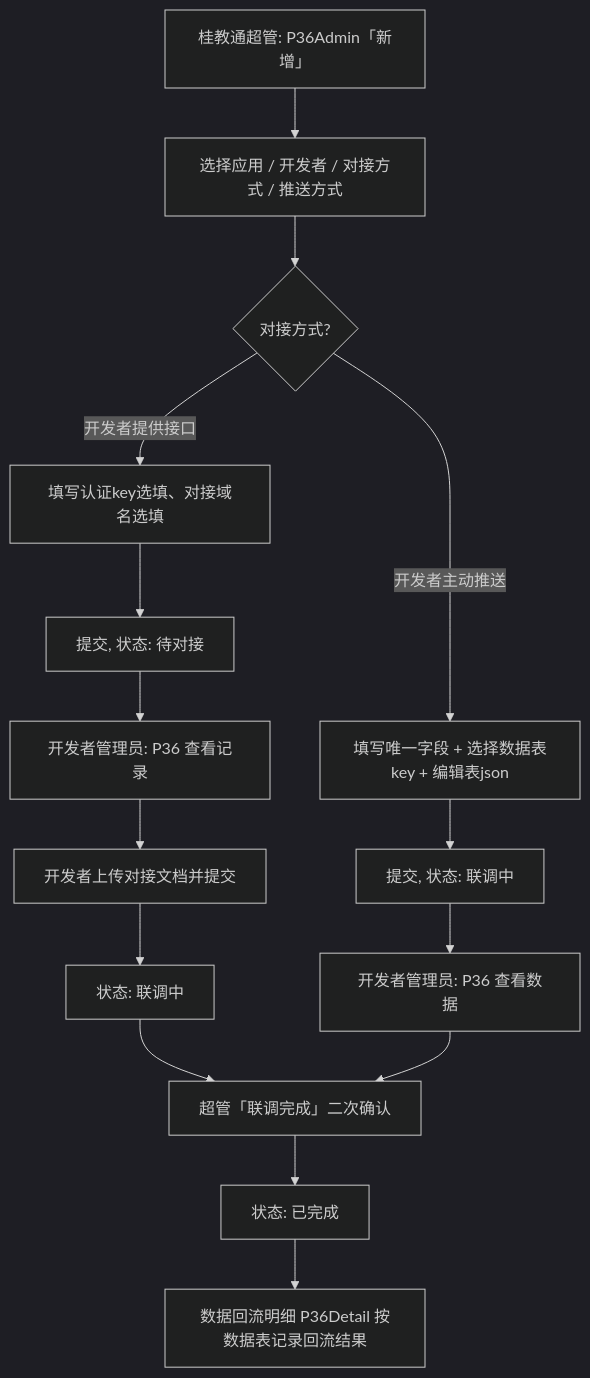
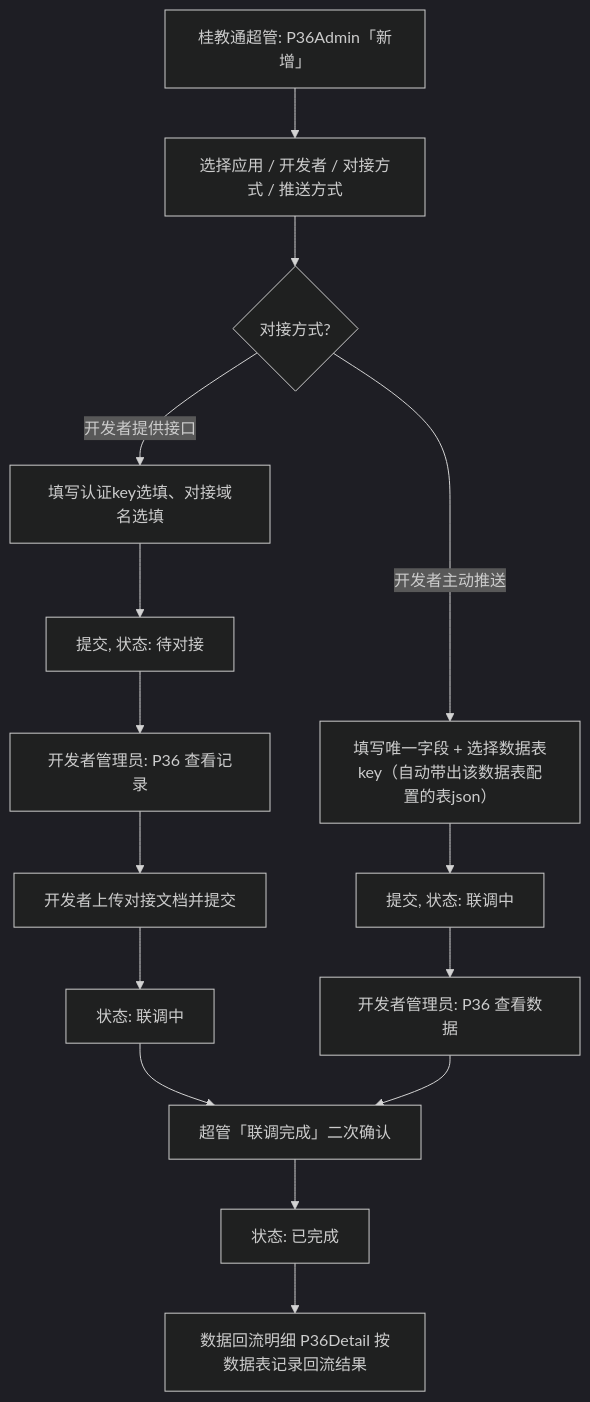
The eighth of 8 diagrams in output/prd/prd.md (sunmei119/capPlatform), drawn with Mermaid (dark theme) before and after one commit. The commit also changed other lines of this file and 2 other files, not shown here.

````diff
--- a/output/prd/prd.md
+++ b/output/prd/prd.md
@@ -262,17 +262,17 @@
 ```mermaid
 flowchart TD
     A[桂教通超管: P36Admin「新增」] --> B[选择应用 / 开发者 / 对接方式 / 推送方式]
     B --> C{对接方式?}
     C -- 开发者提供接口 --> D[填写认证key选填、对接域名选填]
     D --> E[提交, 状态: 待对接]
     E --> F[开发者管理员: P36 查看记录]
     F --> G[开发者上传对接文档并提交]
     G --> H[状态: 联调中]
-    C -- 开发者主动推送 --> I[填写唯一字段 + 选择数据表key + 编辑表json]
+    C -- 开发者主动推送 --> I[填写唯一字段 + 选择数据表key（自动带出该数据表配置的表json）]
     I --> J[提交, 状态: 联调中]
     J --> K[开发者管理员: P36 查看数据]
     H --> L[超管「联调完成」二次确认]
     K --> L
     L --> M[状态: 已完成]
     M --> N[数据回流明细 P36Detail 按数据表记录回流结果]
 ```
````
